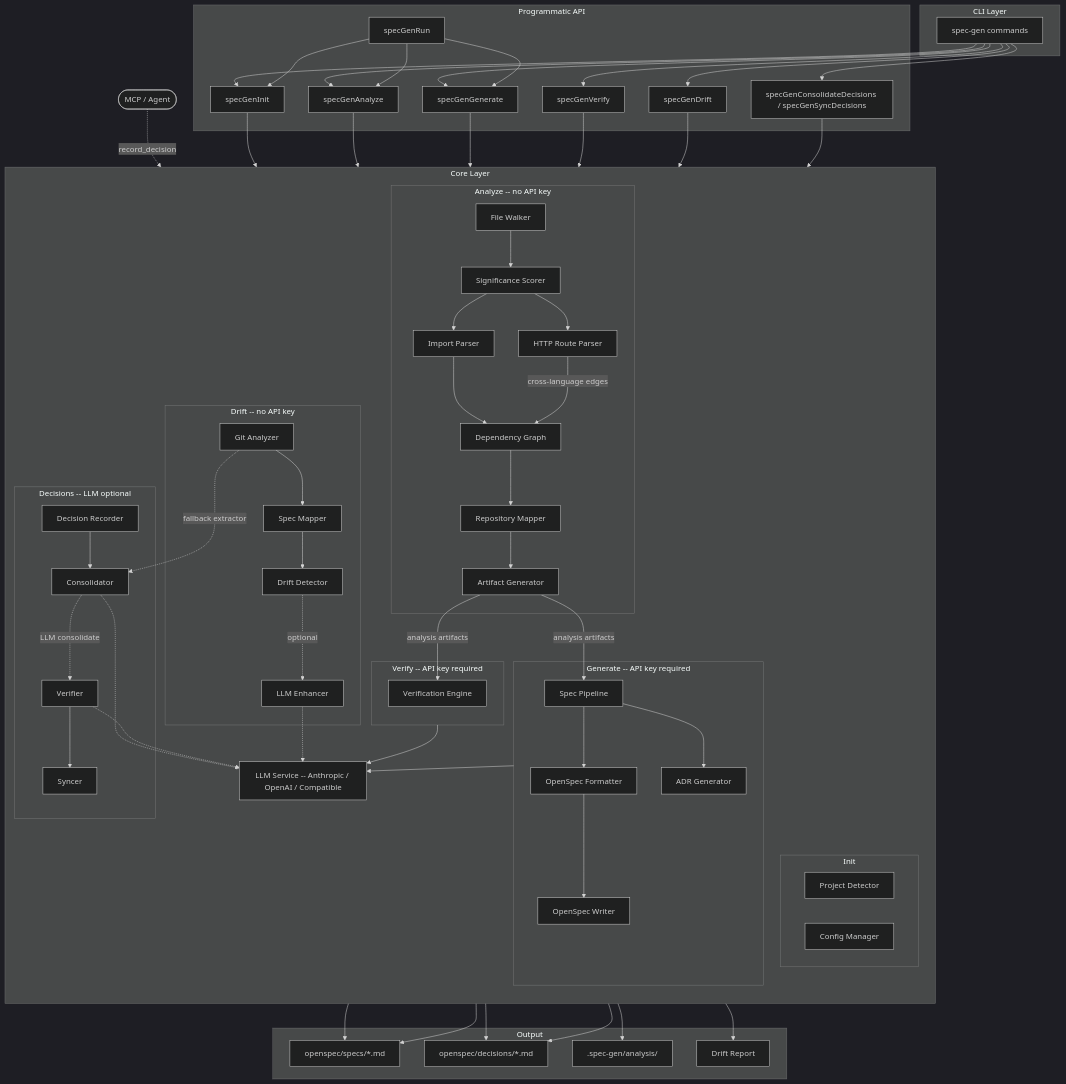
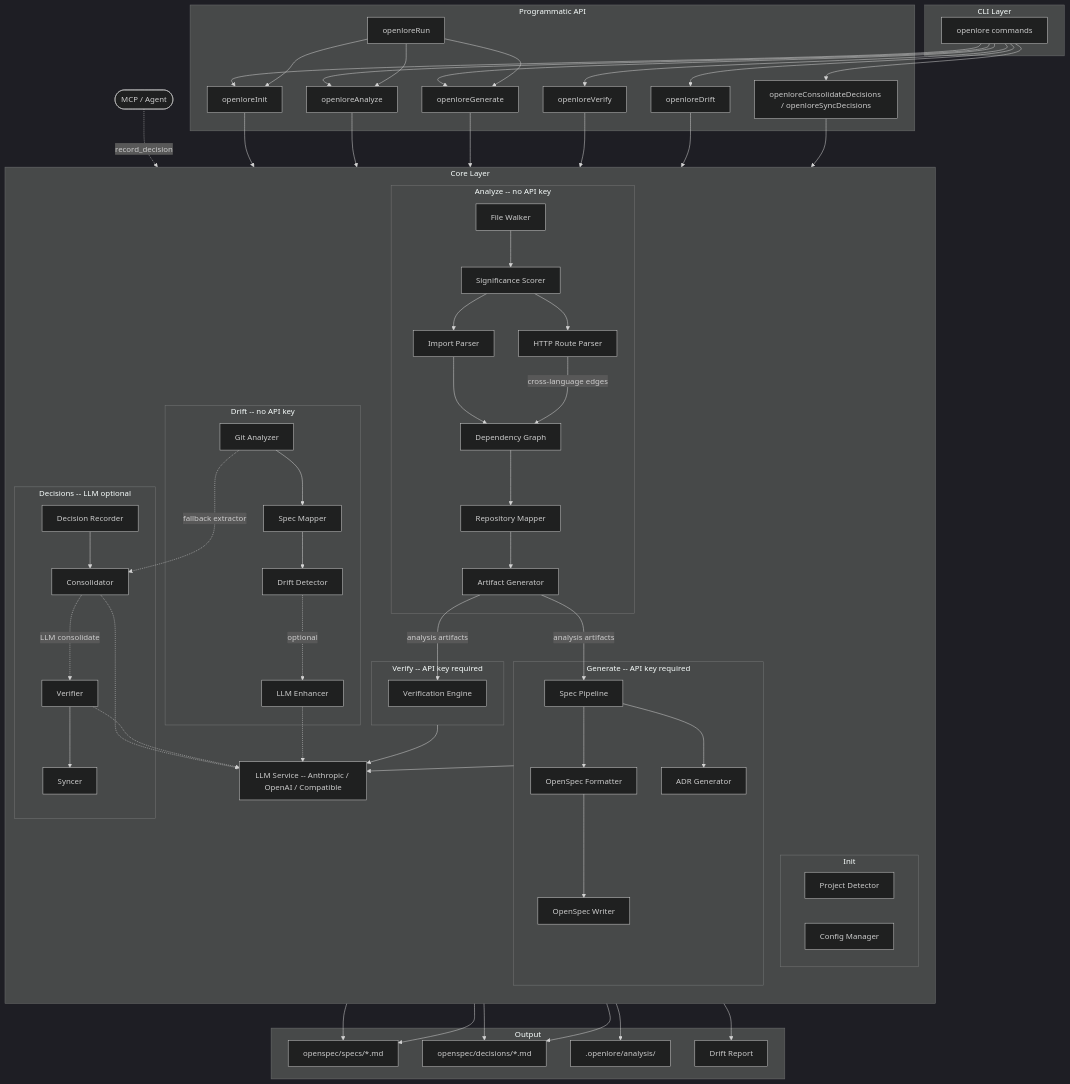
One commit to laurentftech/spec-gen changed the diagram in docs/pipeline.md. Above: the diagram before and after it, drawn with Mermaid (dark theme). The commit also changed 317 other files, not shown here.

First line of the commit message:
refactor: rename spec-gen → OpenLore across the codebase

````diff
--- a/docs/pipeline.md
+++ b/docs/pipeline.md
@@ -3,17 +3,17 @@
 ```mermaid
 graph TD
     subgraph CLI["CLI Layer"]
-        CMD[spec-gen commands]
+        CMD[openlore commands]
     end
 
     subgraph API["Programmatic API"]
-        API_INIT[specGenInit]
-        API_ANALYZE[specGenAnalyze]
-        API_GENERATE[specGenGenerate]
-        API_VERIFY[specGenVerify]
-        API_DRIFT[specGenDrift]
-        API_RUN[specGenRun]
-        API_DECISIONS[specGenConsolidateDecisions / specGenSyncDecisions]
+        API_INIT[openloreInit]
+        API_ANALYZE[openloreAnalyze]
+        API_GENERATE[openloreGenerate]
+        API_VERIFY[openloreVerify]
+        API_DRIFT[openloreDrift]
+        API_RUN[openloreRun]
+        API_DECISIONS[openloreConsolidateDecisions / openloreSyncDecisions]
     end
 
     subgraph Core["Core Layer"]
@@ -85,7 +85,7 @@
     subgraph Output["Output"]
         SPECS[openspec/specs/*.md]
         ADRS[openspec/decisions/*.md]
-        ANALYSIS[.spec-gen/analysis/]
+        ANALYSIS[.openlore/analysis/]
         REPORT[Drift Report]
     end
 
````
